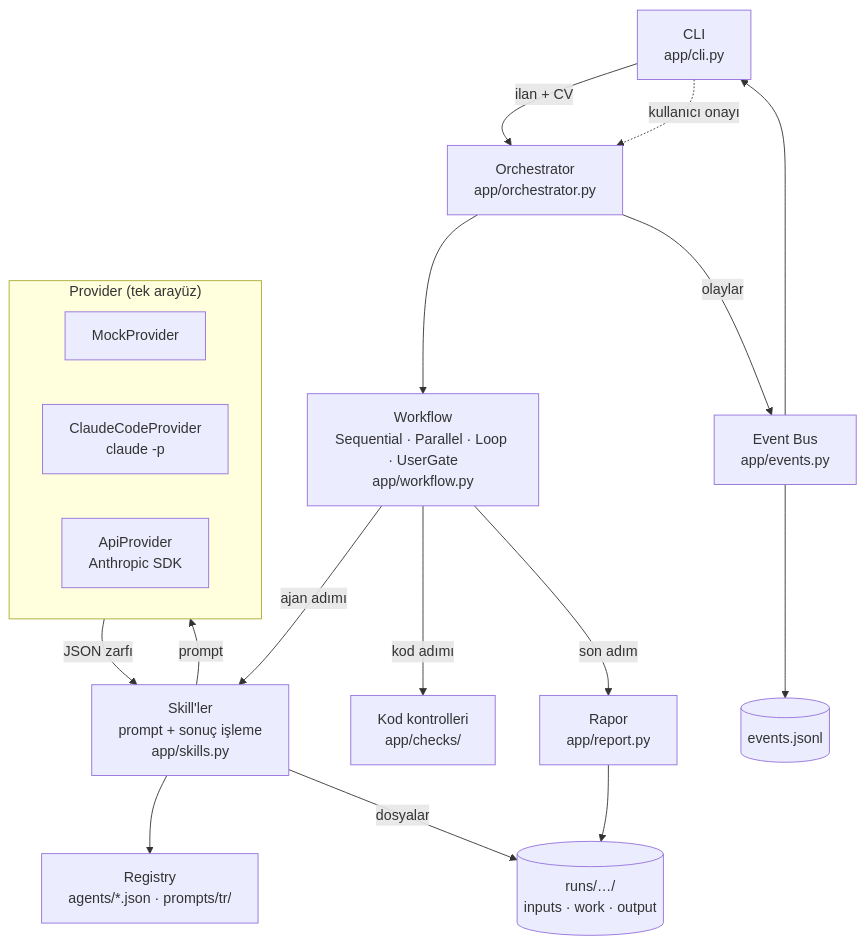
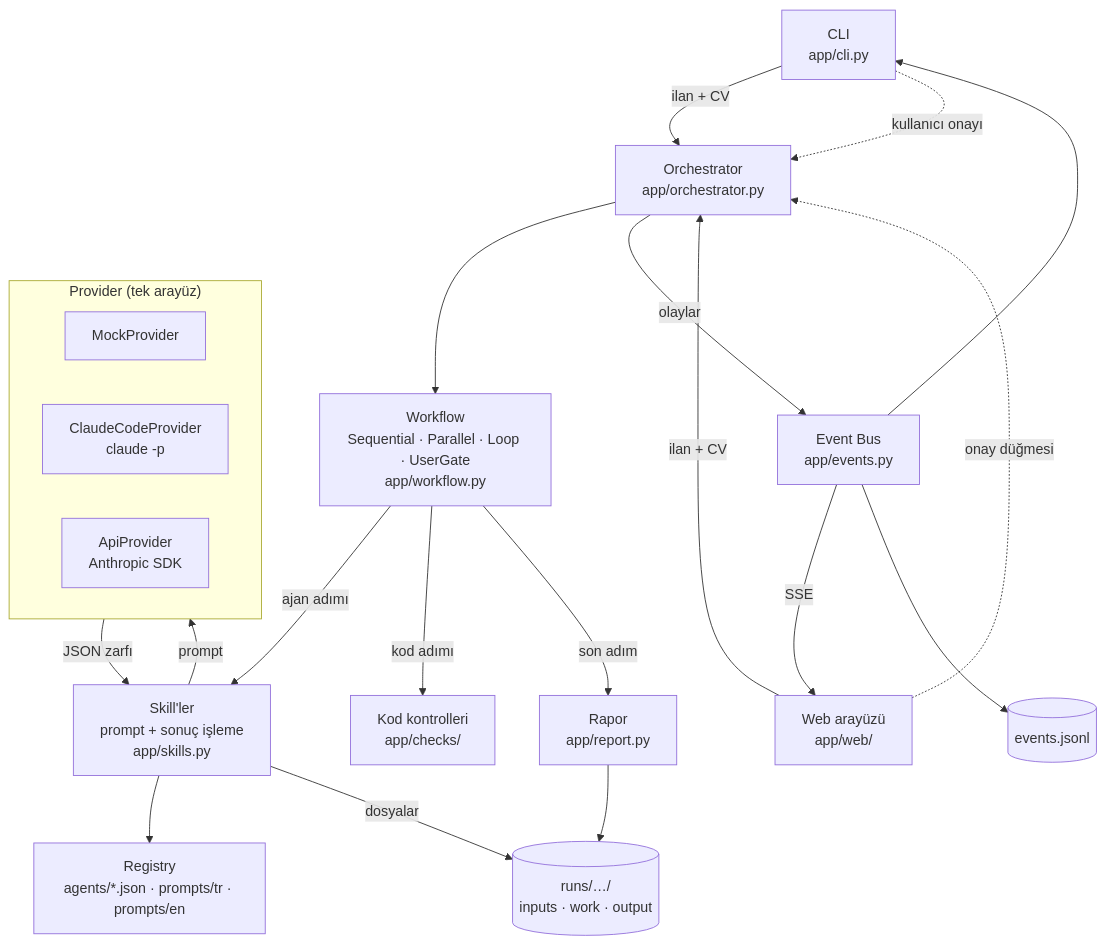
The diagram in README.md (burakaydins/career-crew), drawn with Mermaid before and after one commit. The commit also changed other lines of this file and 28 other files, not shown here.

Commit message:
Add local web interface, English prompts and image/scanned PDF input

````diff
--- a/README.md
+++ b/README.md
@@ -160,34 +193,38 @@
 ```mermaid
 flowchart TB
     CLI["CLI<br/>app/cli.py"]
+    WEB["Web arayüzü<br/>app/web/"]
     BUS["Event Bus<br/>app/events.py"]
     LOG[("events.jsonl")]
     ORCH["Orchestrator<br/>app/orchestrator.py"]
     WF["Workflow<br/>Sequential · Parallel · Loop · UserGate<br/>app/workflow.py"]
     SKILLS["Skill'ler<br/>prompt + sonuç işleme<br/>app/skills.py"]
-    REG["Registry<br/>agents/*.json · prompts/tr/"]
+    REG["Registry<br/>agents/*.json · prompts/tr · prompts/en"]
     CHECKS["Kod kontrolleri<br/>app/checks/"]
     REPORT["Rapor<br/>app/report.py"]
     RUN[("runs/…/<br/>inputs · work · output")]
 
     subgraph PROV["Provider (tek arayüz)"]
         MOCK["MockProvider"]
         CC["ClaudeCodeProvider<br/>claude -p"]
         API["ApiProvider<br/>Anthropic SDK"]
     end
 
     CLI -->|ilan + CV| ORCH
     CLI -. kullanıcı onayı .-> ORCH
+    WEB -->|ilan + CV| ORCH
+    WEB -. onay düğmesi .-> ORCH
     ORCH --> WF
     WF -->|ajan adımı| SKILLS
     SKILLS --> REG
     SKILLS -->|prompt| PROV
     PROV -->|JSON zarfı| SKILLS
     WF -->|kod adımı| CHECKS
     WF -->|son adım| REPORT
     SKILLS -->|dosyalar| RUN
     REPORT --> RUN
     ORCH -->|olaylar| BUS
     BUS --> CLI
+    BUS -->|SSE| WEB
     BUS --> LOG
 ```
````
